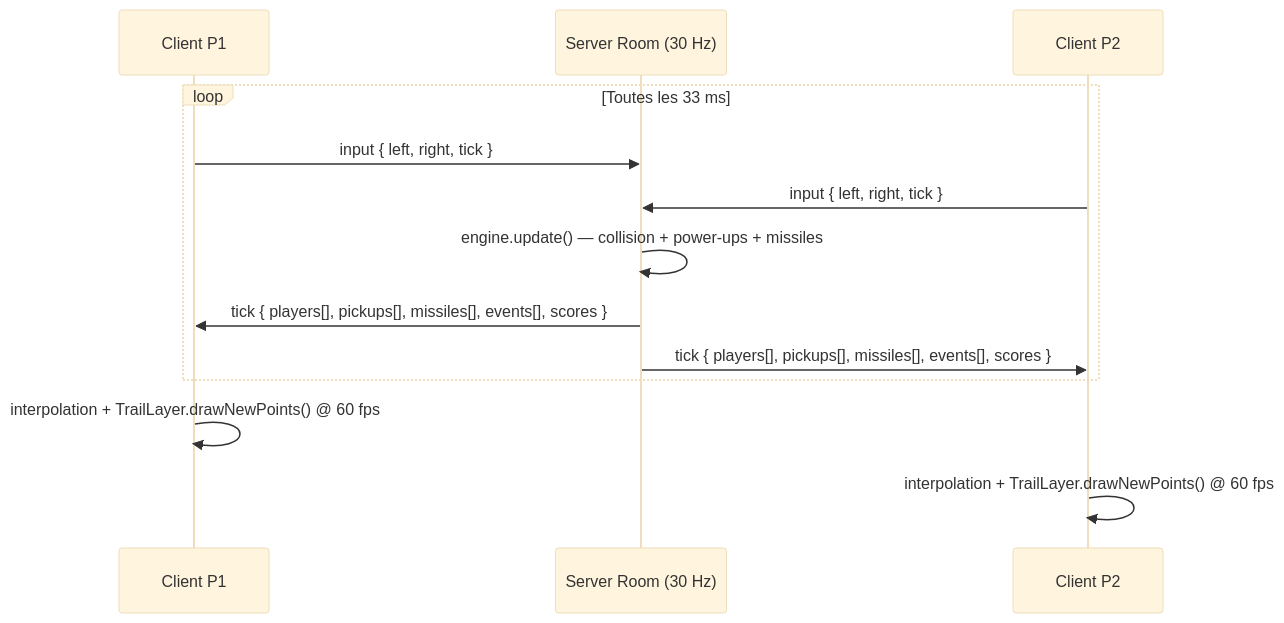
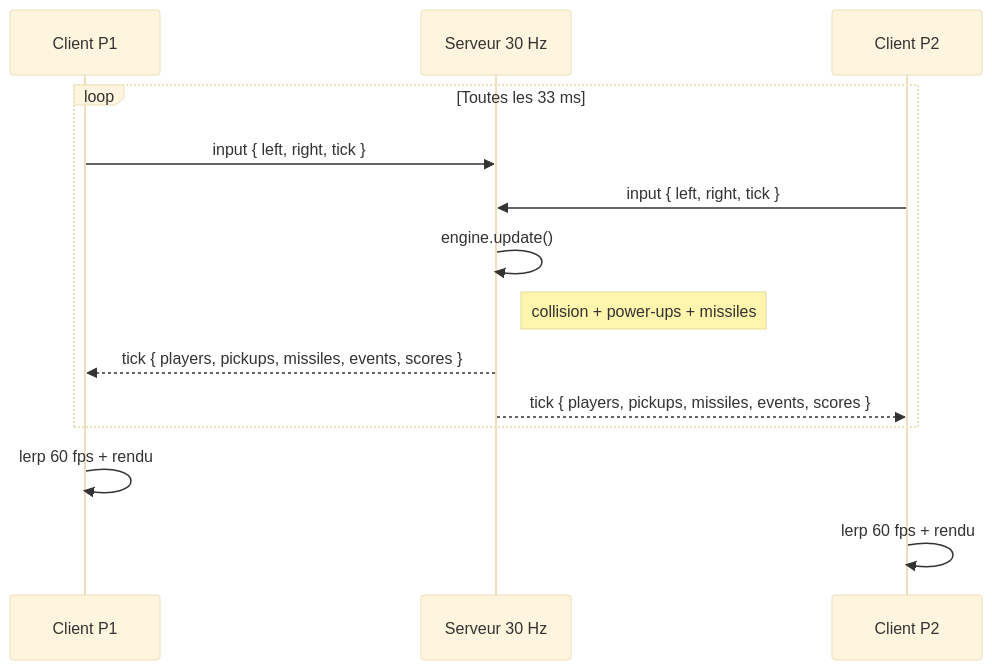
Before and after one commit to artkabis/crazycurve: the second of 4 diagrams in README.md, drawn with Mermaid (base theme). The commit also changed other lines of this file, not shown here.

First line of the commit message:
docs: rewrite README - fix mermaid syntax, add GitHub callouts, task lists, full visual overhaul

````diff
--- a/README.md
+++ b/README.md
@@ -83,16 +82,17 @@
 ```mermaid
 sequenceDiagram
     participant C1 as Client P1
-    participant SRV as Server Room (30 Hz)
+    participant SRV as Serveur 30 Hz
     participant C2 as Client P2
 
     loop Toutes les 33 ms
         C1->>SRV: input { left, right, tick }
         C2->>SRV: input { left, right, tick }
-        SRV->>SRV: engine.update() — collision + power-ups + missiles
-        SRV->>C1: tick { players[], pickups[], missiles[], events[], scores }
-        SRV->>C2: tick { players[], pickups[], missiles[], events[], scores }
+        SRV->>SRV: engine.update()
+        Note right of SRV: collision + power-ups + missiles
+        SRV-->>C1: tick { players, pickups, missiles, events, scores }
+        SRV-->>C2: tick { players, pickups, missiles, events, scores }
     end
-    C1->>C1: interpolation + TrailLayer.drawNewPoints() @ 60 fps
-    C2->>C2: interpolation + TrailLayer.drawNewPoints() @ 60 fps
+    C1->>C1: lerp 60 fps + rendu
+    C2->>C2: lerp 60 fps + rendu
 ```
````
